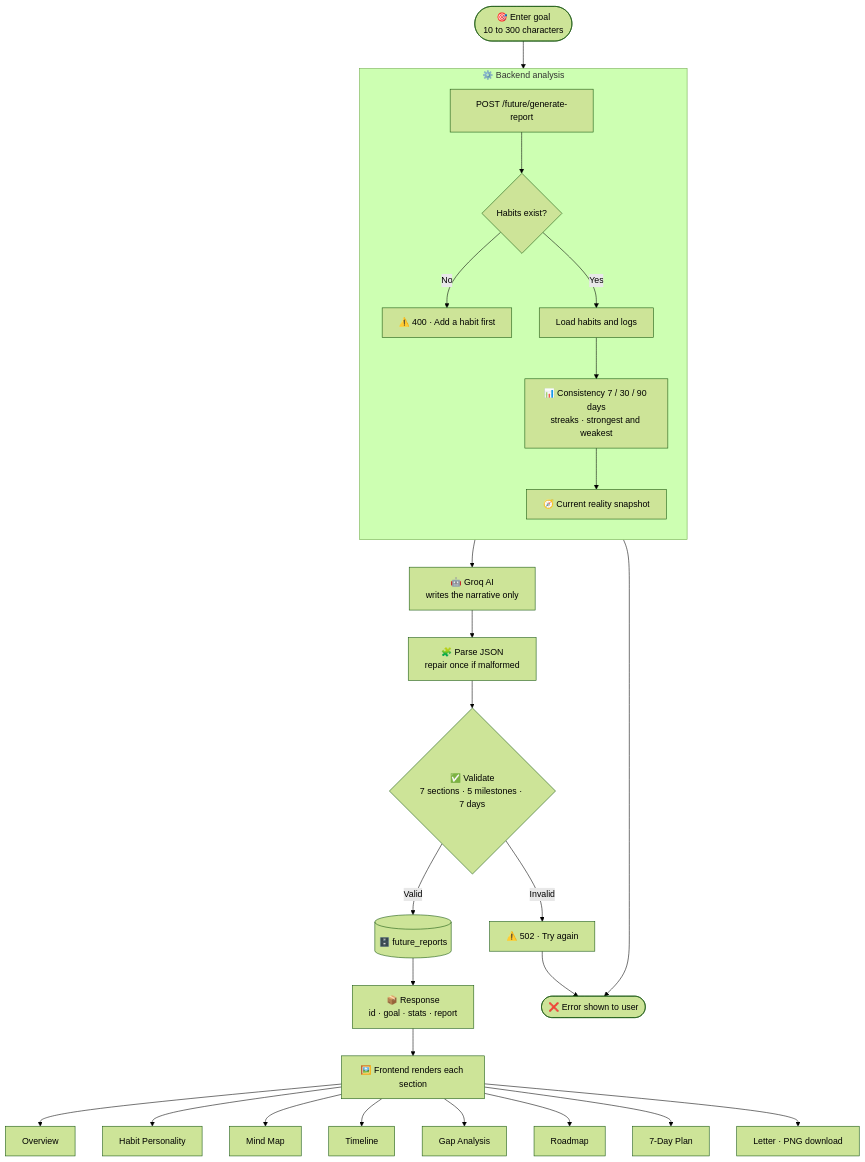
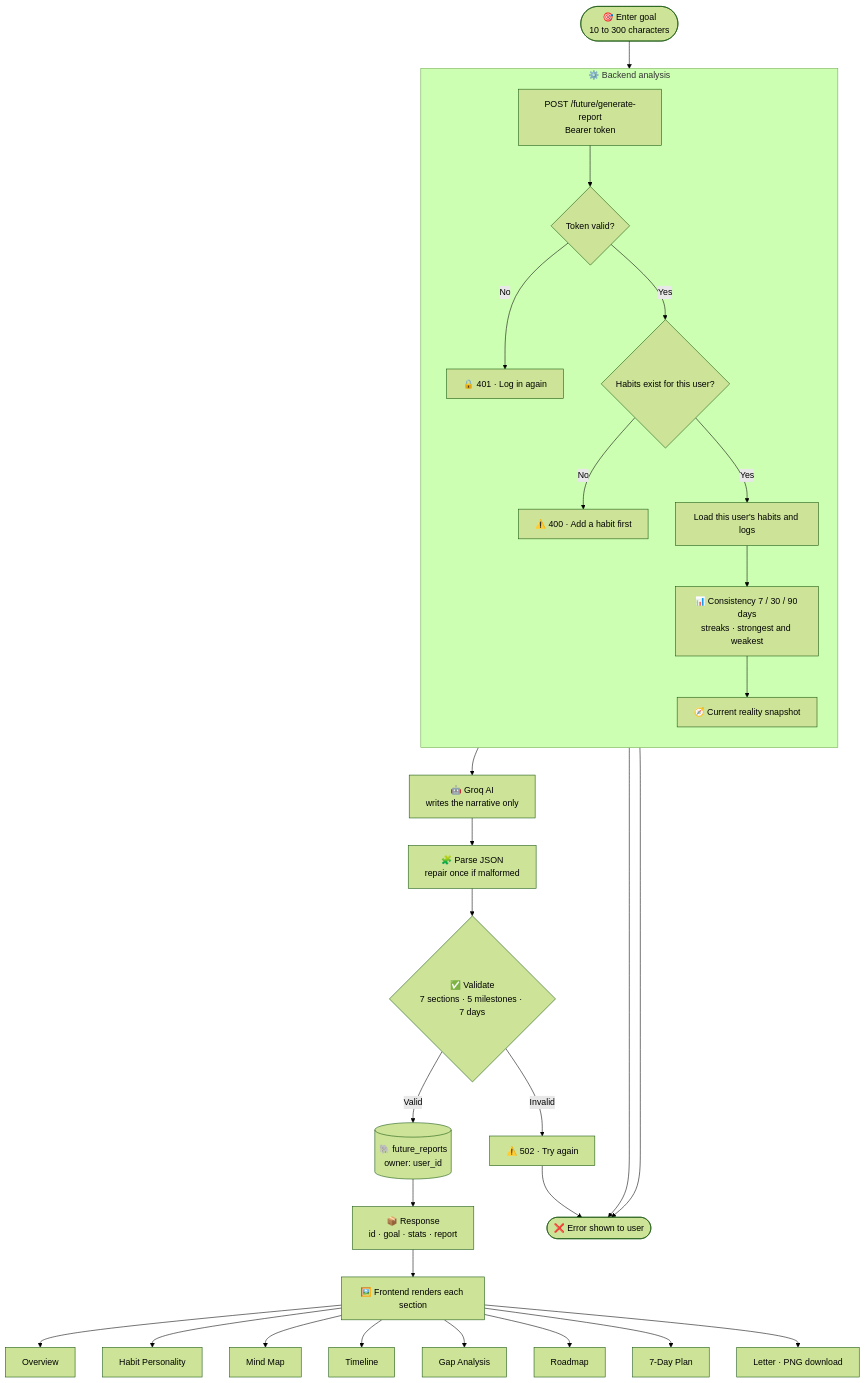
Before and after one commit to adityadubey2211-prog/FUTR: the fifth of 5 diagrams in README.md, drawn with Mermaid (forest theme). The commit also changed other lines of this file, not shown here.

````diff
--- a/README.md
+++ b/README.md
@@ -183,34 +298,37 @@
 ```mermaid
 flowchart TD
-    A([🎯 Enter goal<br/>10 to 300 characters]) --> B[POST /future/generate-report]
+    A([🎯 Enter goal<br/>10 to 300 characters]) --> B[POST /future/generate-report<br/>Bearer token]
 
     subgraph BACKEND ["⚙️ Backend analysis"]
         direction TB
-        B --> C{Habits exist?}
+        B --> AU{Token valid?}
+        AU -->|No| U[🔒 401 · Log in again]
+        AU -->|Yes| C{Habits exist for this user?}
         C -->|No| X[⚠️ 400 · Add a habit first]
-        C -->|Yes| D[Load habits and logs]
+        C -->|Yes| D[Load this user's habits and logs]
         D --> E[📊 Consistency 7 / 30 / 90 days<br/>streaks · strongest and weakest]
         E --> F[🧭 Current reality snapshot]
     end
 
     F --> G[🤖 Groq AI<br/>writes the narrative only]
     G --> H[🧩 Parse JSON<br/>repair once if malformed]
     H --> V{"✅ Validate<br/>7 sections · 5 milestones · 7 days"}
     V -->|Invalid| Y[⚠️ 502 · Try again]
-    V -->|Valid| I[(🗄️ future_reports)]
+    V -->|Valid| I[(🐘 future_reports<br/>owner: user_id)]
 
     I --> J[📦 Response<br/>id · goal · stats · report]
     J --> K[🖼️ Frontend renders each section]
 
     K --> L1[Overview]
     K --> L2[Habit Personality]
     K --> L3[Mind Map]
     K --> L4[Timeline]
     K --> L5[Gap Analysis]
     K --> L6[Roadmap]
     K --> L7[7-Day Plan]
     K --> L8[Letter · PNG download]
 
-    X --> Z([❌ Error shown to user])
+    U --> Z([❌ Error shown to user])
+    X --> Z
     Y --> Z
 ```
````
